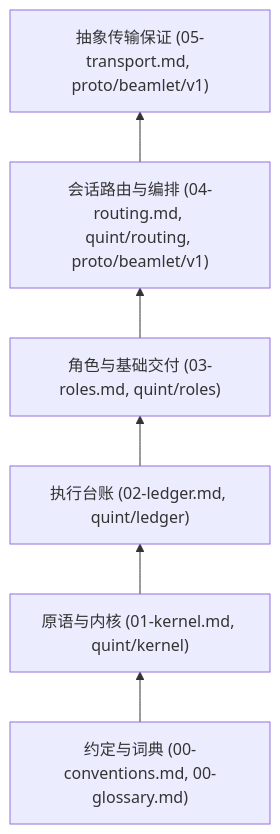
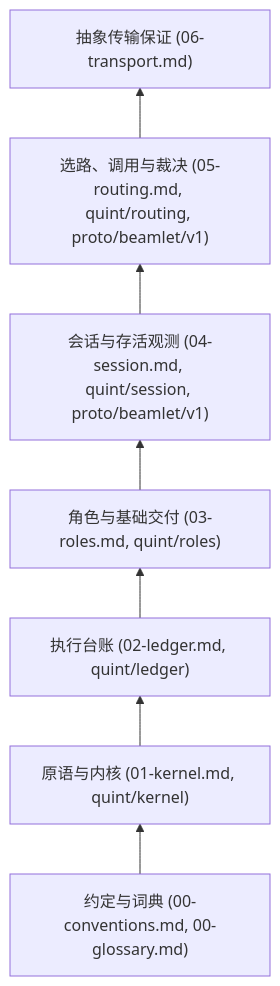
Before and after one commit to Everfold/Beamlet: the diagram in spec/README.md, drawn with Mermaid. The commit also changed other lines of this file and 16 other files, not shown here.

Commit message:
docs(spec): split session and routing layers and remove interactive query and Rust artifacts

````diff
--- a/spec/README.md
+++ b/spec/README.md
@@ -13,11 +13,12 @@
 ```mermaid
 flowchart BT
     CONV["约定与词典 (00-conventions.md, 00-glossary.md)"]
     KRN["原语与内核 (01-kernel.md, quint/kernel)"]
     LDG["执行台账 (02-ledger.md, quint/ledger)"]
     ROL["角色与基础交付 (03-roles.md, quint/roles)"]
-    RTE["会话路由与编排 (04-routing.md, quint/routing, proto/beamlet/v1)"]
-    TRP["抽象传输保证 (05-transport.md, proto/beamlet/v1)"]
+    SES["会话与存活观测 (04-session.md, quint/session, proto/beamlet/v1)"]
+    RTE["选路、调用与裁决 (05-routing.md, quint/routing, proto/beamlet/v1)"]
+    TRP["抽象传输保证 (06-transport.md)"]
 
-    CONV --> KRN --> LDG --> ROL --> RTE --> TRP
+    CONV --> KRN --> LDG --> ROL --> SES --> RTE --> TRP
 ```
````
